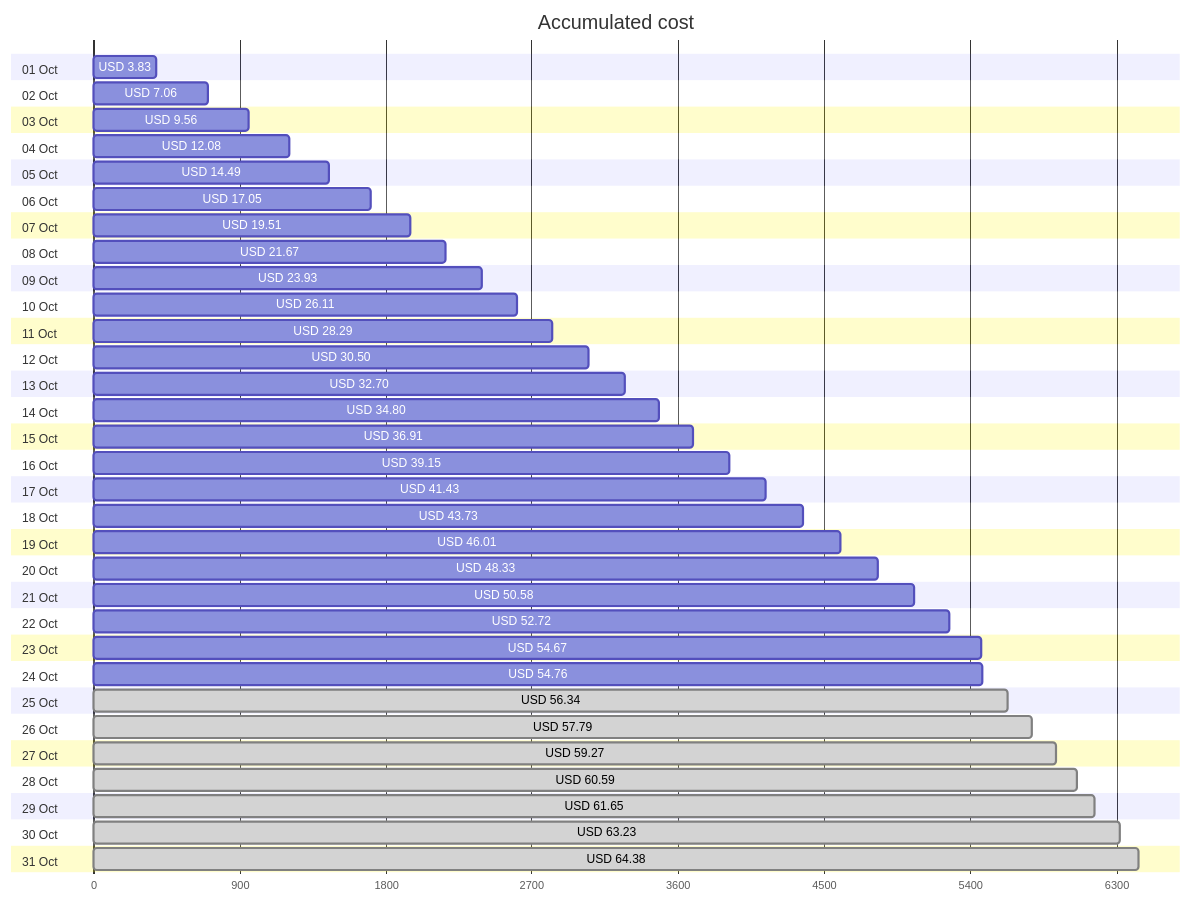
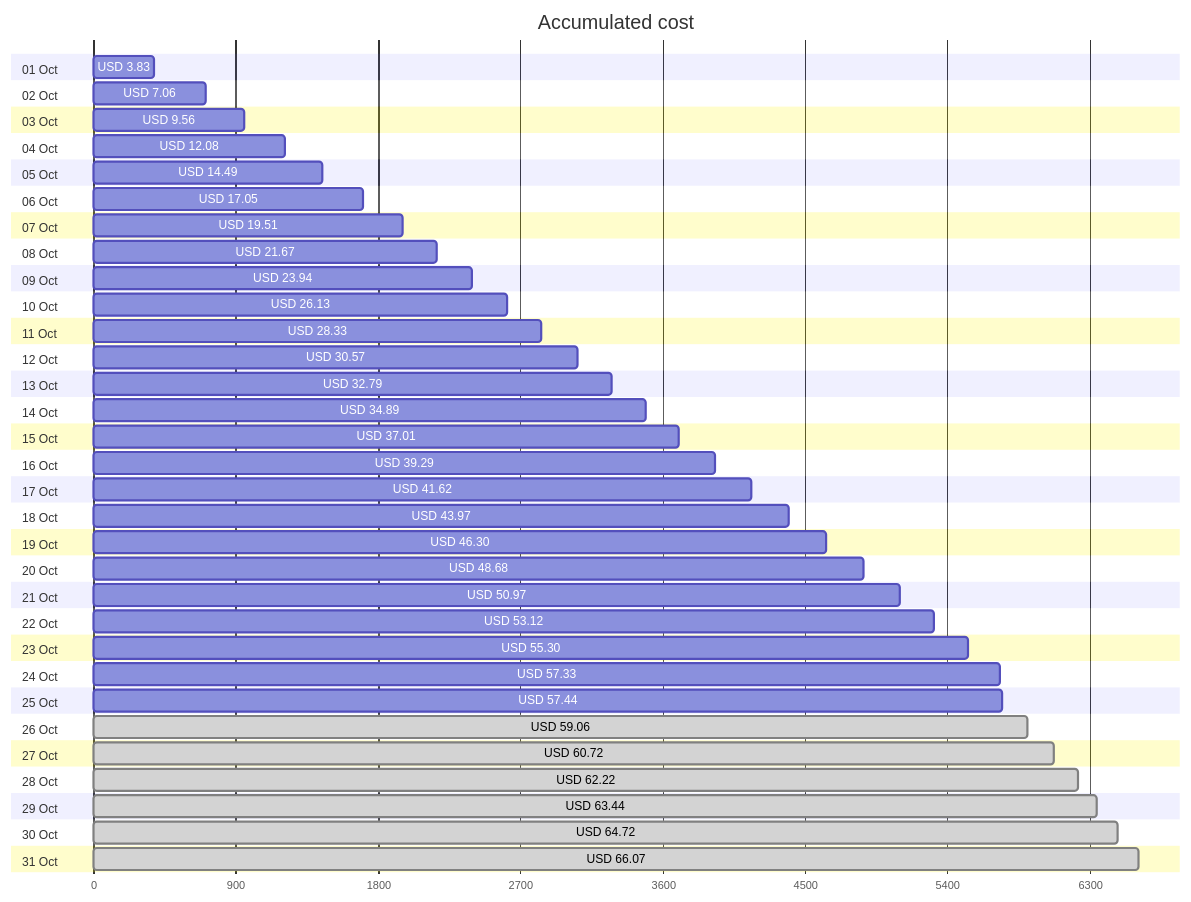
Before and after one commit to jpfulton/azure-personal-reports: the first of 4 diagrams in cost-reports/accumulated-cost.md, drawn with Mermaid. The commit also changed other lines of this file and 4 other files, not shown here.

````diff
--- a/cost-reports/accumulated-cost.md
+++ b/cost-reports/accumulated-cost.md
@@ -20,68 +20,68 @@
 ```mermaid
 gantt
    title Accumulated cost
    dateFormat  X
    axisFormat %s
    section 01 Oct
    USD 3.83 :0, 383
    section 02 Oct
    USD 7.06 :0, 706
    section 03 Oct
    USD 9.56 :0, 956
    section 04 Oct
    USD 12.08 :0, 1208
    section 05 Oct
    USD 14.49 :0, 1449
    section 06 Oct
    USD 17.05 :0, 1705
    section 07 Oct
    USD 19.51 :0, 1951
    section 08 Oct
    USD 21.67 :0, 2167
    section 09 Oct
-   USD 23.93 :0, 2393
+   USD 23.94 :0, 2394
    section 10 Oct
-   USD 26.11 :0, 2611
+   USD 26.13 :0, 2613
    section 11 Oct
-   USD 28.29 :0, 2829
+   USD 28.33 :0, 2833
    section 12 Oct
-   USD 30.50 :0, 3050
+   USD 30.57 :0, 3057
    section 13 Oct
-   USD 32.70 :0, 3270
+   USD 32.79 :0, 3279
    section 14 Oct
-   USD 34.80 :0, 3480
+   USD 34.89 :0, 3489
    section 15 Oct
-   USD 36.91 :0, 3691
+   USD 37.01 :0, 3701
    section 16 Oct
-   USD 39.15 :0, 3915
+   USD 39.29 :0, 3929
    section 17 Oct
-   USD 41.43 :0, 4143
+   USD 41.62 :0, 4162
    section 18 Oct
-   USD 43.73 :0, 4373
+   USD 43.97 :0, 4397
    section 19 Oct
-   USD 46.01 :0, 4601
+   USD 46.30 :0, 4630
    section 20 Oct
-   USD 48.33 :0, 4833
+   USD 48.68 :0, 4868
    section 21 Oct
-   USD 50.58 :0, 5058
+   USD 50.97 :0, 5097
    section 22 Oct
-   USD 52.72 :0, 5272
+   USD 53.12 :0, 5312
    section 23 Oct
-   USD 54.67 :0, 5467
+   USD 55.30 :0, 5530
    section 24 Oct
-   USD 54.76 :0, 5476
+   USD 57.33 :0, 5733
    section 25 Oct
-   USD 56.34 : done, 0, 5634
+   USD 57.44 :0, 5744
    section 26 Oct
-   USD 57.79 : done, 0, 5779
+   USD 59.06 : done, 0, 5906
    section 27 Oct
-   USD 59.27 : done, 0, 5927
+   USD 60.72 : done, 0, 6072
    section 28 Oct
-   USD 60.59 : done, 0, 6059
+   USD 62.22 : done, 0, 6222
    section 29 Oct
-   USD 61.65 : done, 0, 6165
+   USD 63.44 : done, 0, 6344
    section 30 Oct
-   USD 63.23 : done, 0, 6323
+   USD 64.72 : done, 0, 6472
    section 31 Oct
-   USD 64.38 : done, 0, 6438
+   USD 66.07 : done, 0, 6607
 ```
````
